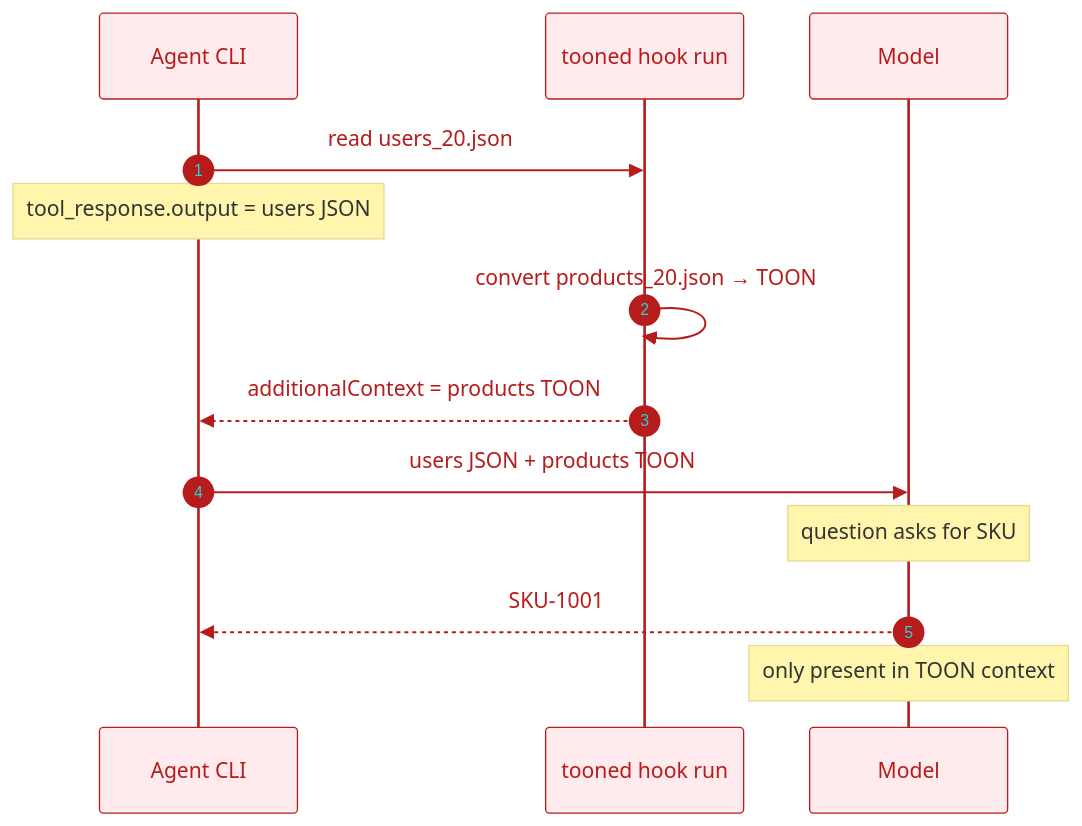
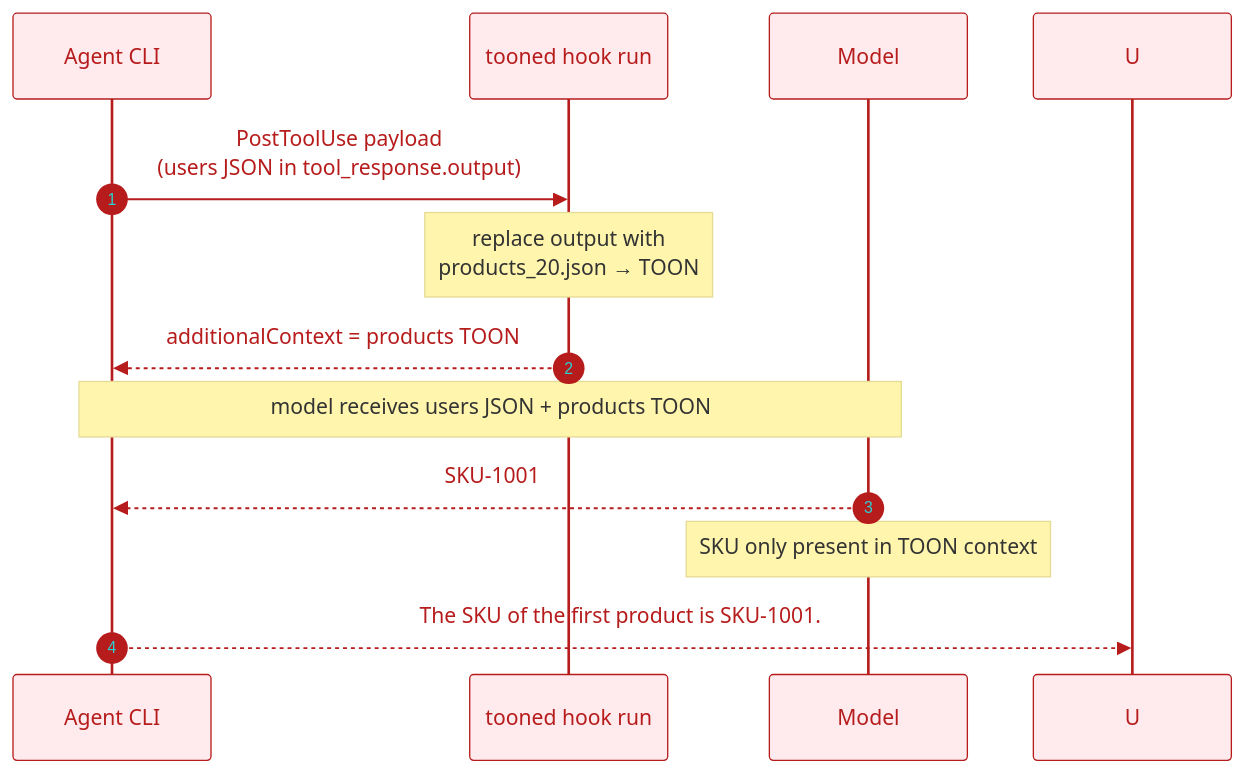
The second of 2 diagrams in docs/agents/toon-context-proof.md (w0wl0lxd/tooned), drawn with Mermaid before and after one commit. The commit also changed other lines of this file and 43 other files, not shown here.

````diff
--- a/docs/agents/toon-context-proof.md
+++ b/docs/agents/toon-context-proof.md
@@ -97,17 +104,16 @@
 ```mermaid
 %%{init: {'theme': 'base', 'themeVariables': { 'primaryColor': '#ffebee', 'primaryTextColor': '#b71c1c', 'primaryBorderColor': '#b71c1c', 'lineColor': '#d32f2f', 'secondaryColor': '#fff3e0'}}}%%
 sequenceDiagram
     autonumber
     participant A as Agent CLI
     participant T as tooned hook run
     participant M as Model
 
-    A->>T: read users_20.json
-    Note over A: tool_response.output = users JSON
-    T->>T: convert products_20.json → TOON
+    A->>T: PostToolUse payload<br/>(users JSON in tool_response.output)
+    Note over T: replace output with<br/>products_20.json → TOON
     T-->>A: additionalContext = products TOON
-    A->>M: users JSON + products TOON
-    Note over M: question asks for SKU
+    Note over A,M: model receives users JSON + products TOON
     M-->>A: SKU-1001
-    Note over M: only present in TOON context
+    Note over M: SKU only present in TOON context
+    A-->>U: The SKU of the first product is SKU-1001.
 ```
````
